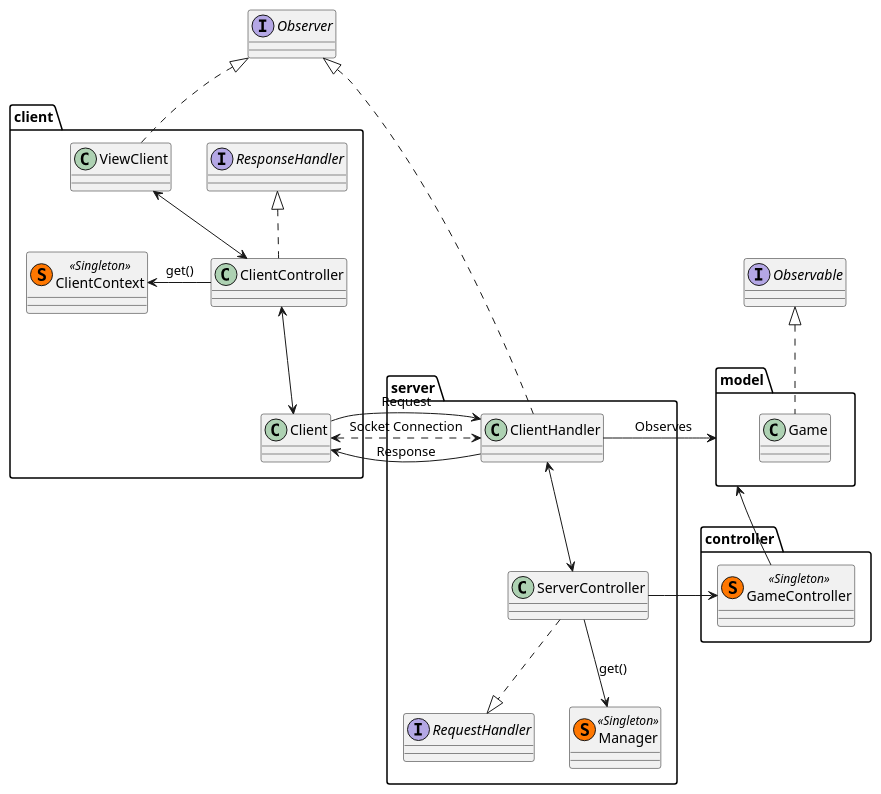
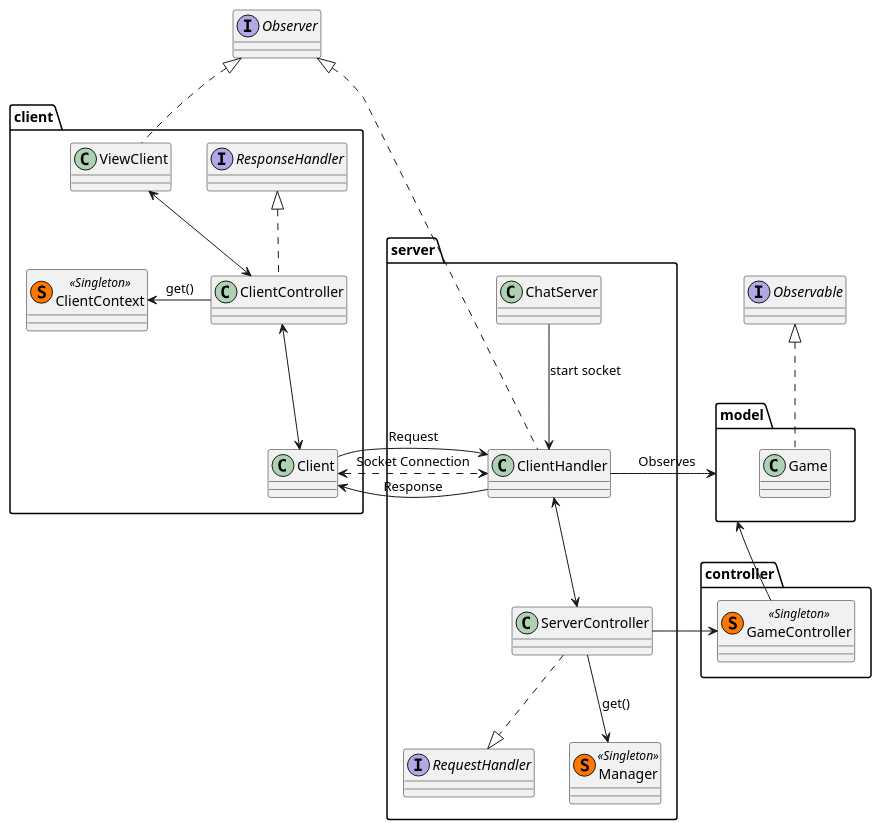
One commit to elenasl96/ing-sw-2019-6 changed the diagram in utility/Socket.puml. Above: the diagram before and after it, drawn with PlantUML.

```diff
--- a/utility/Socket.puml
+++ b/utility/Socket.puml
@@ -1,50 +1,51 @@
 @startuml
 skinparam classAttributeIconSize 0
 
 package server{
     class ClientHandler
     class ServerController
     interface RequestHandler
     class Manager  << (S,#FF7700) Singleton >>
 
     ClientHandler <--> ServerController
     ServerController ..|> RequestHandler
     ServerController --> Manager : get()
+    ChatServer --> ClientHandler : start socket
 }
 package client{
     class Client
     class ClientController implements ResponseHandler
     class ViewClient
     class ClientContext  << (S,#FF7700) Singleton >>
 
 
     ViewClient <--> ClientController
     ClientController <--> Client
     ClientContext <- ClientController : get()
 }
 
 package controller{
     class GameController << (S,#FF7700) Singleton >>
 }
 
 package model{
     class Game
 }
 
 Client <.> ClientHandler : Socket Connection
 Client -> ClientHandler : Request
 Client <- ClientHandler : Response
 
 ServerController -> GameController
 
 model <-- GameController
 
 interface Observer
 Observer <|.. ClientHandler
 Observer <|..ViewClient
 interface Observable
 Observable <|.. Game
 
 ClientHandler -> model : Observes
 
 @enduml
```
